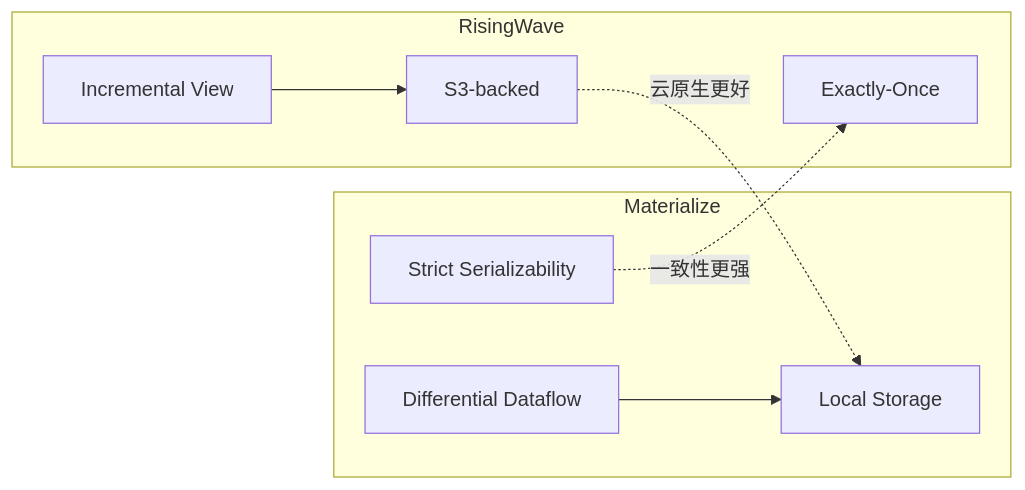
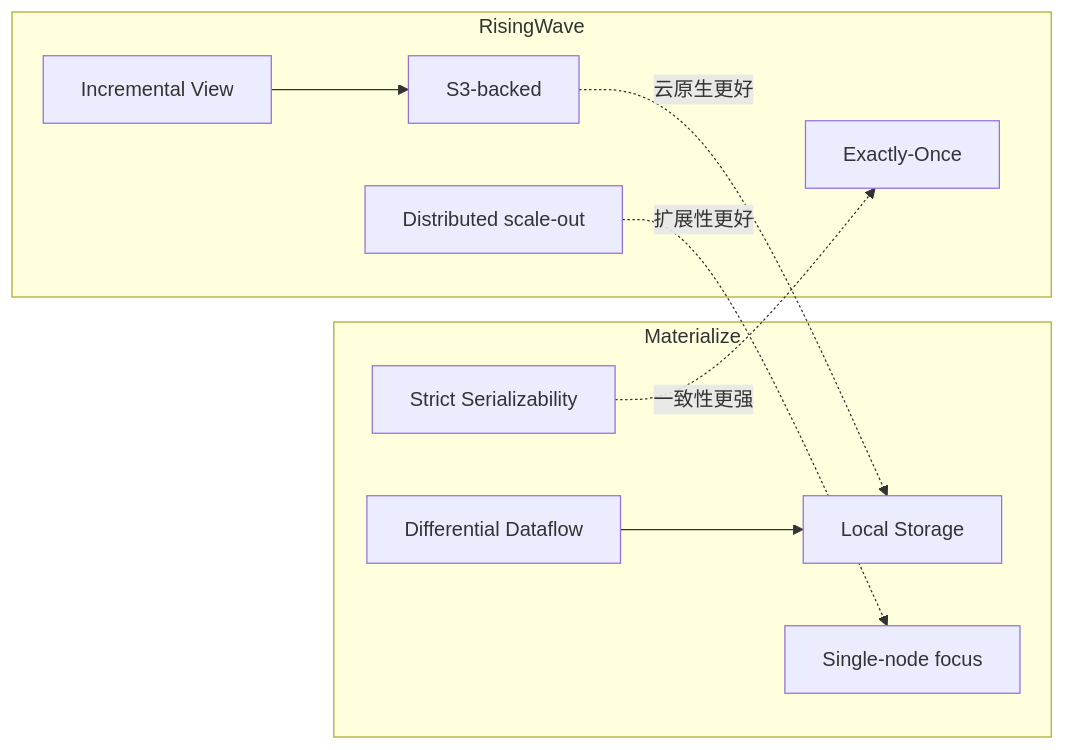
Before and after one commit to AdaMartin18010/AnalysisDataFlow: the third of 5 diagrams in Knowledge/Flink-Scala-Rust-Comprehensive/04-rust-engines/04.03-materialize-analysis.md, drawn with Mermaid. The commit also changed other lines of this file and 20 other files, not shown here.

````diff
--- a/Knowledge/Flink-Scala-Rust-Comprehensive/04-rust-engines/04.03-materialize-analysis.md
+++ b/Knowledge/Flink-Scala-Rust-Comprehensive/04-rust-engines/04.03-materialize-analysis.md
@@ -365,15 +600,18 @@
 ```mermaid
 graph LR
     subgraph Materialize
         M1[Differential Dataflow] --> M2[Local Storage]
         M3[Strict Serializability]
+        M4[Single-node focus]
     end
 
     subgraph RisingWave
         R1[Incremental View] --> R2[S3-backed]
         R3[Exactly-Once]
+        R4[Distributed scale-out]
     end
 
     M3 -.->|一致性更强| R3
     R2 -.->|云原生更好| M2
+    R4 -.->|扩展性更好| M4
 ```
````
